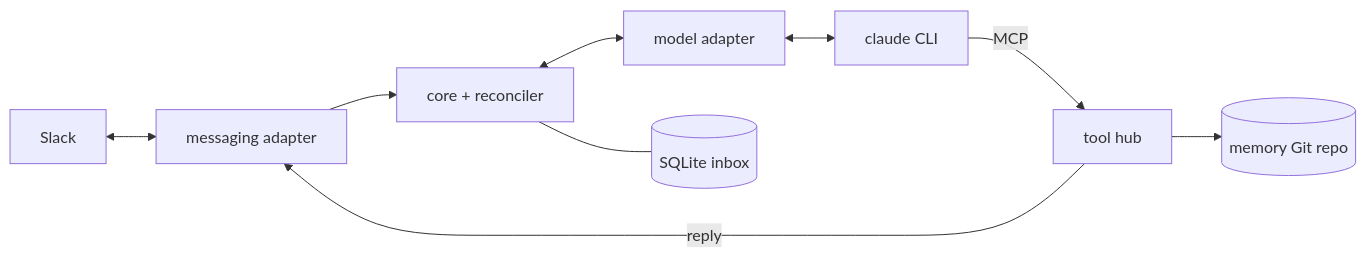
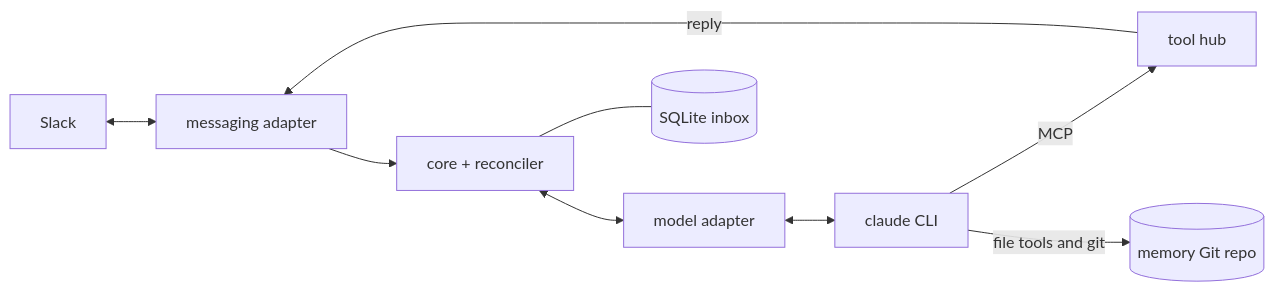
One commit to motoki317/noctiluca changed the diagram in README.md. Above: the diagram before and after it, drawn with Mermaid. The commit also changed 20 other files, not shown here.

First line of the commit message:
refactor(memory): use native file tools

````diff
--- a/README.md
+++ b/README.md
@@ -7,8 +7,8 @@
 ```mermaid
 flowchart LR
   Slack <--> MA[messaging adapter] --> Core[core + reconciler] <--> Model[model adapter] <--> CLI[claude CLI]
   Core --- DB[(SQLite inbox)]
   CLI -->|MCP| Hub[tool hub]
   Hub -->|reply| MA
-  Hub --> Mem[(memory Git repo)]
+  CLI -->|file tools and git| Mem[(memory Git repo)]
 ```
````
